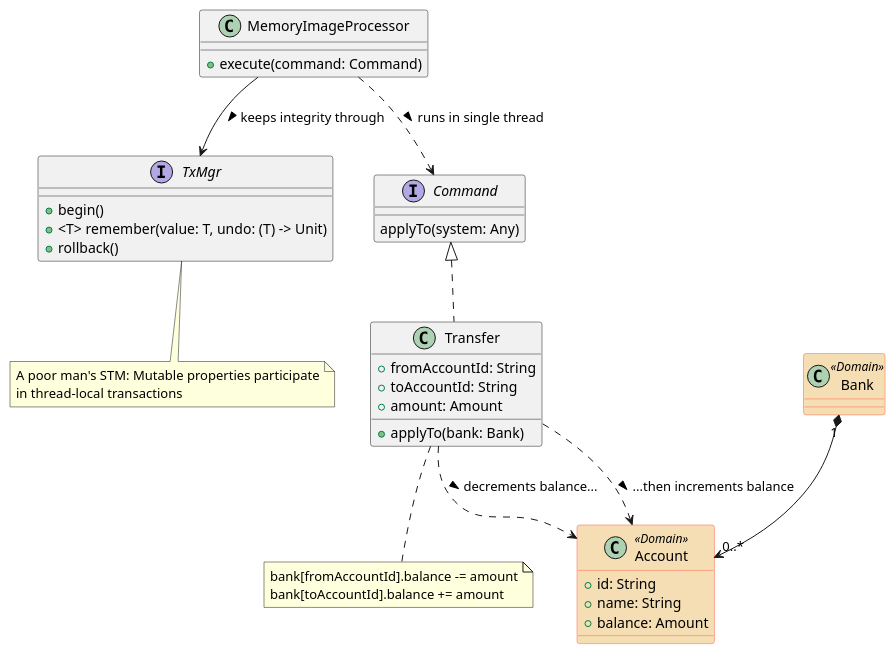
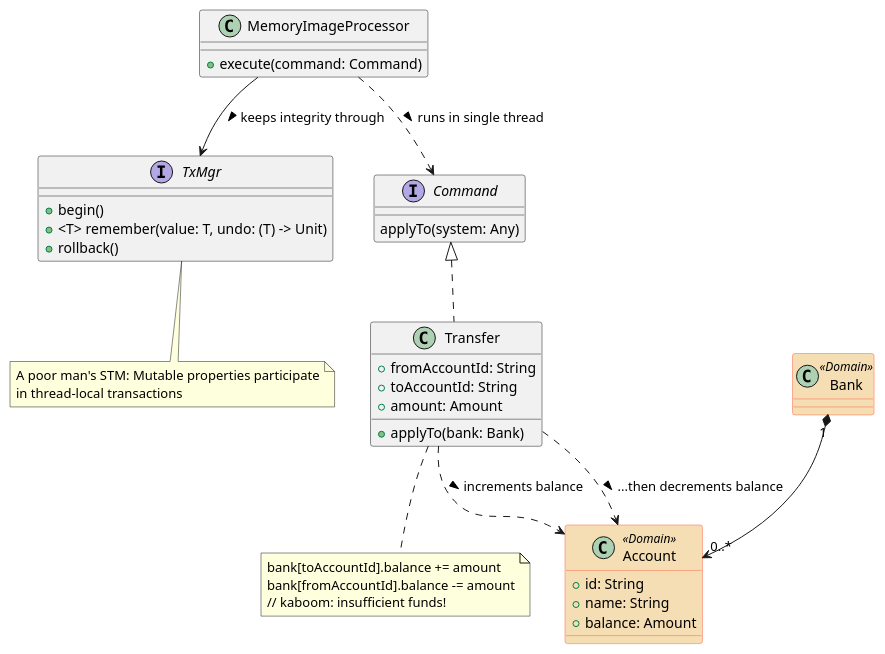
The diagram in docs/kmemimg-3.puml (xrrocha/kmemimg), drawn with PlantUML before and after one commit. The commit also changed 1 other file, not shown here.

Commit message:
Improved first version of article by adding partial diagrams

```diff
--- a/docs/kmemimg-3.puml
+++ b/docs/kmemimg-3.puml
@@ -1,49 +1,50 @@
 @startuml
 skinparam class {
     BackgroundColor<<Domain>> Wheat
     BorderColor<<Domain>> Tomato
 }
 
 class MemoryImageProcessor {
     + execute(command: Command)
 }
 
 interface TxMgr {
     + begin()
     + <T> remember(value: T, undo: (T) -> Unit)
     + rollback()
 }
 MemoryImageProcessor --> TxMgr: keeps integrity through >
 note bottom of TxMgr
     A poor man's STM: Mutable properties participate
     in thread-local transactions
 end note
 
 interface Command {
     applyTo(system: Any)
 }
 MemoryImageProcessor ..> Command: runs in single thread >
 
 class Bank <<Domain>> {
 }
 class Account <<Domain>> {
     + id: String
     + name: String
     + balance: Amount
 }
 Bank "1" *--> "0..*" Account
 
 class Transfer implements Command {
     + fromAccountId: String
     + toAccountId: String
     + amount: Amount
     + applyTo(bank: Bank)
 }
-Transfer ..> Account: ...then increments balance >
-Transfer ..> Account: decrements balance... >
+Transfer ..> Account: ...then decrements balance >
+Transfer ..> Account: increments balance >
 note bottom of Transfer
+    bank[toAccountId].balance += amount
     bank[fromAccountId].balance -= amount
-    bank[toAccountId].balance += amount
+    // kaboom: insufficient funds!
 end note
 
 @enduml
```
